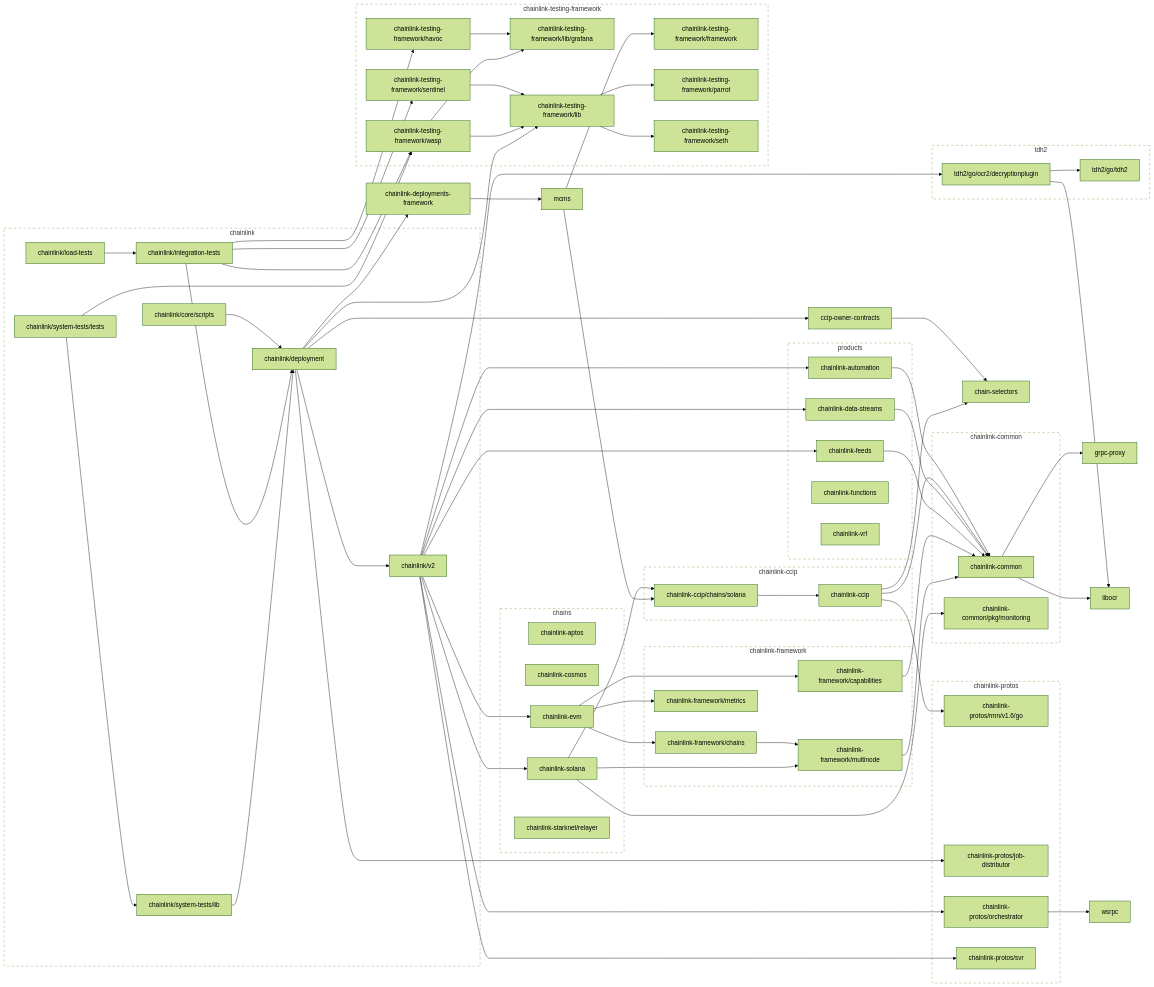
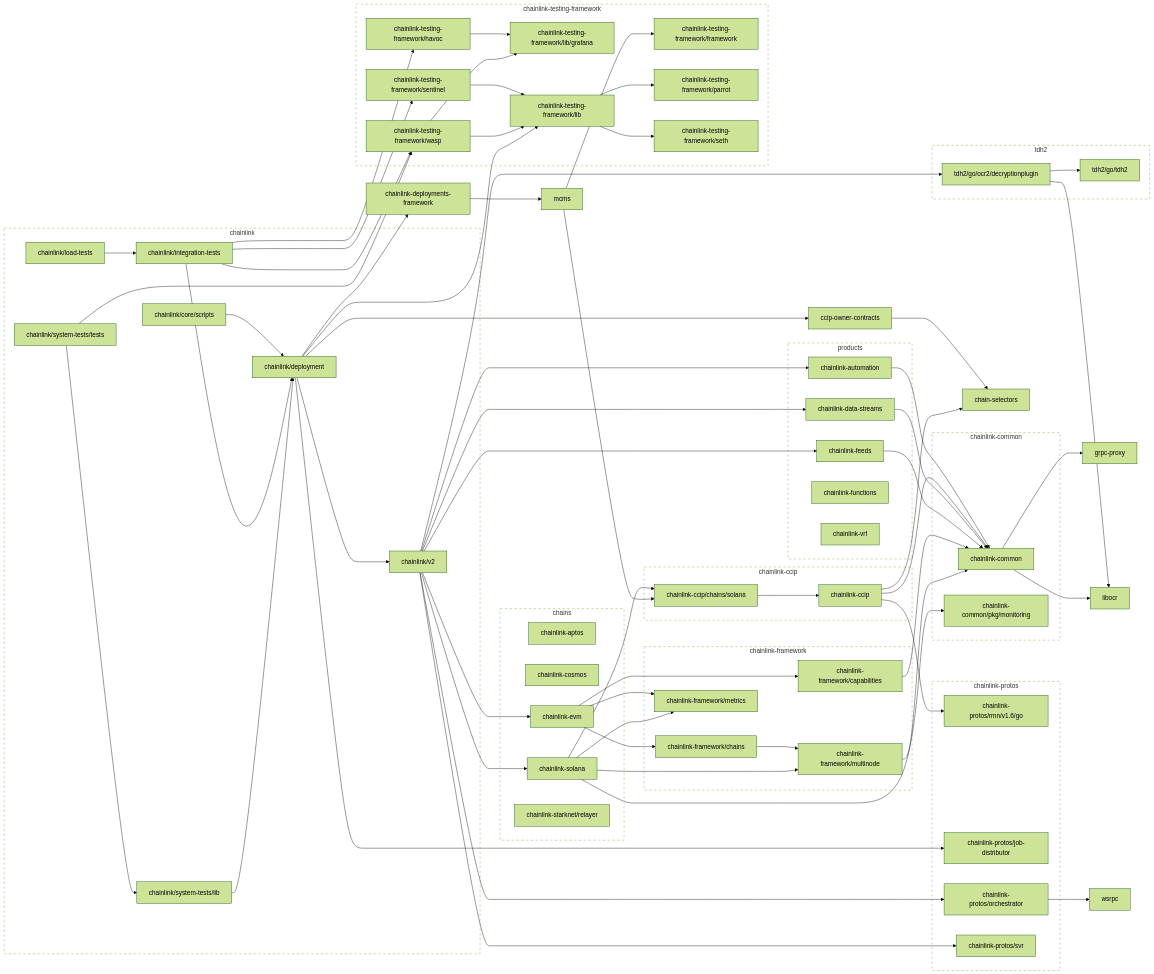
Before and after one commit to JohnDaWalka/chainlink: the second of 2 diagrams in go.md, drawn with Mermaid (forest theme). The commit also changed other lines of this file and 21 other files, not shown here.

```diff
--- a/go.md
+++ b/go.md
@@ -186,6 +187,7 @@
 	click chainlink-protos/svr href "https://github.com/smartcontractkit/chainlink-protos"
 	chainlink-solana --> chainlink-ccip/chains/solana
 	chainlink-solana --> chainlink-common/pkg/monitoring
+	chainlink-solana --> chainlink-framework/metrics
 	chainlink-solana --> chainlink-framework/multinode
 	click chainlink-solana href "https://github.com/smartcontractkit/chainlink-solana"
 	chainlink-testing-framework/framework
```
